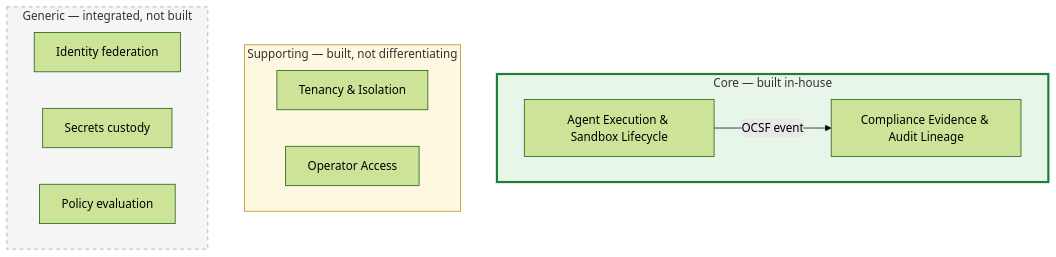
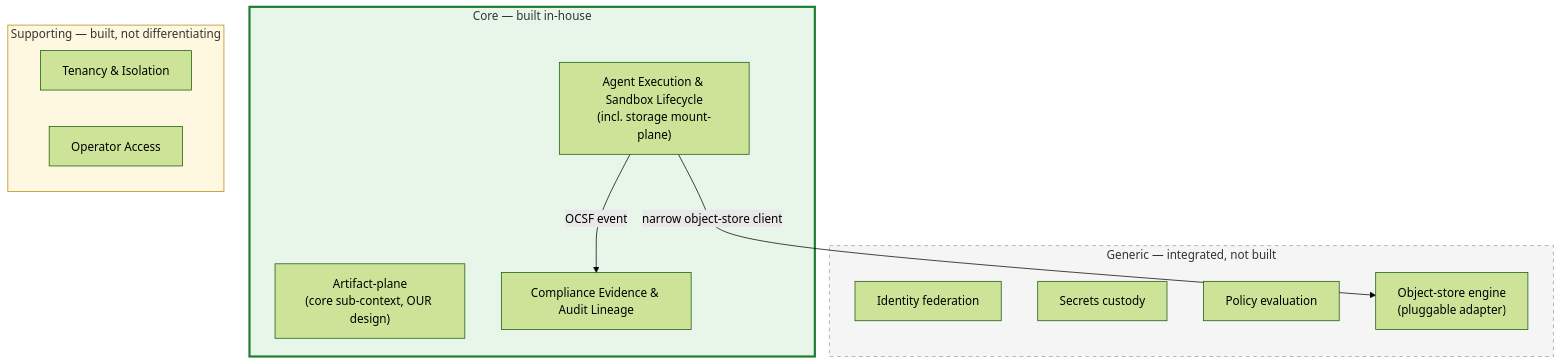
One commit to Wide-Moat/open-computer-use changed the first of 2 diagrams in docs/architecture/04-bounded-contexts.md. Above: the diagram before and after it, drawn with Mermaid (forest theme). The commit also changed other lines of this file and 37 other files, not shown here.

````diff
--- a/docs/architecture/04-bounded-contexts.md
+++ b/docs/architecture/04-bounded-contexts.md
@@ -21,20 +21,23 @@
 ```mermaid
 flowchart TB
     subgraph CORE["Core — built in-house"]
-        AEX["Agent Execution &amp; Sandbox Lifecycle"]
+        AEX["Agent Execution &amp; Sandbox Lifecycle<br/>(incl. storage mount-plane)"]
+        ART["Artifact-plane<br/>(core sub-context, OUR design)"]
         CEV["Compliance Evidence &amp; Audit Lineage"]
     end
     subgraph SUP["Supporting — built, not differentiating"]
         TEN["Tenancy &amp; Isolation"]
         OPA["Operator Access"]
     end
     subgraph GEN["Generic — integrated, not built"]
         IDF["Identity federation"]
         SEC["Secrets custody"]
         POL["Policy evaluation"]
+        ENG["Object-store engine<br/>(pluggable adapter)"]
     end
     AEX -->|"OCSF event"| CEV
+    AEX -->|"narrow object-store client"| ENG
     style CORE fill:#e8f5e9,stroke:#1e7e34,stroke-width:3px
     style SUP fill:#fff8e1,stroke:#b8860b
     style GEN fill:#f5f5f5,stroke:#9e9e9e,stroke-dasharray:5 5
 ```
````
